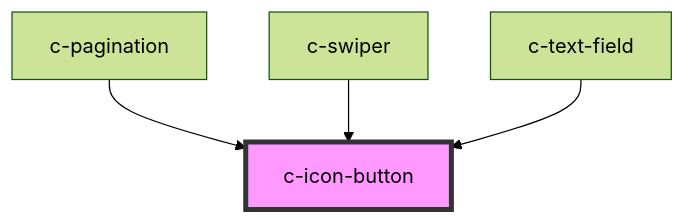
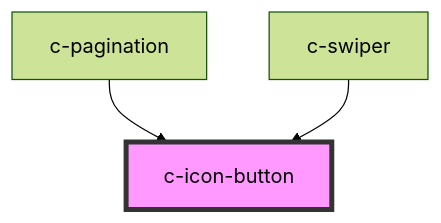
One commit to hannyle/csc-ui changed the diagram in src/components/c-icon-button/readme.md. Above: the diagram before and after it, drawn with Mermaid (forest theme). The commit also changed other lines of this file and 7 other files, not shown here.

````diff
--- a/src/components/c-icon-button/readme.md
+++ b/src/components/c-icon-button/readme.md
@@ -36,7 +35,6 @@
 ```mermaid
 graph TD;
   c-pagination --> c-icon-button
   c-swiper --> c-icon-button
-  c-text-field --> c-icon-button
   style c-icon-button fill:#f9f,stroke:#333,stroke-width:4px
 ```
````
